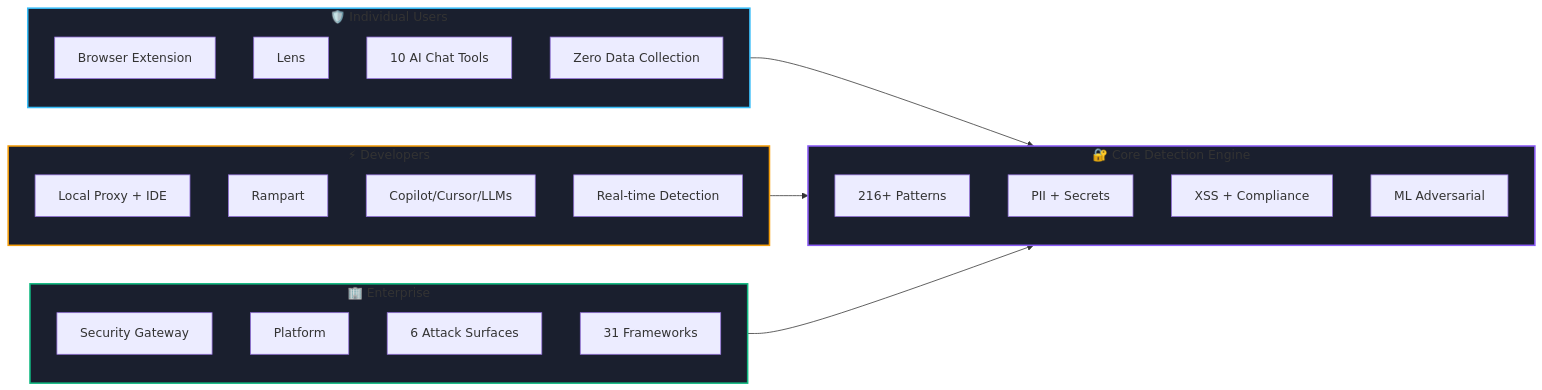
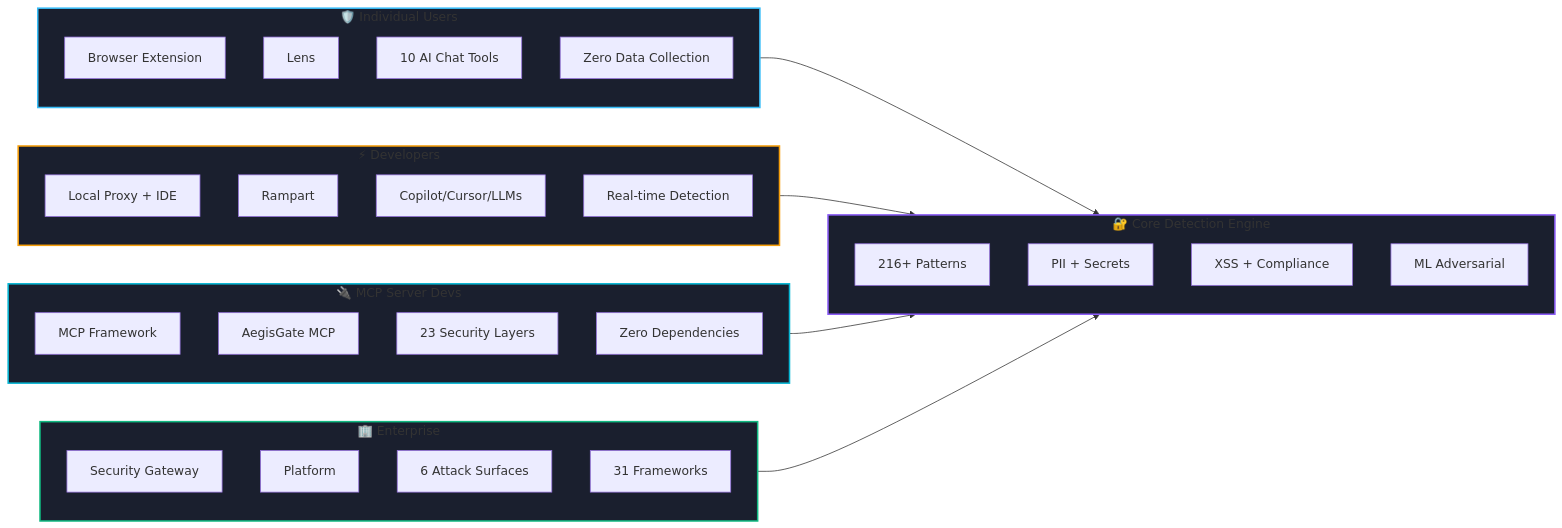
Before and after one commit to aegisgatesecurity/aegisgate-site: the diagram in content/_index.md, drawn with Mermaid. The commit also changed other lines of this file and 9 other files, not shown here.

```diff
--- a/content/_index.md
+++ b/content/_index.md
@@ -42,39 +42,48 @@
 {{< mermaid >}}
 flowchart LR
     subgraph Individual["🛡️ Individual Users"]
         A[Browser Extension]
         A1[Lens]
         A2[10 AI Chat Tools]
         A3[Zero Data Collection]
     end
 
     subgraph Developer["⚡ Developers"]
         B[Local Proxy + IDE]
         B1[Rampart]
         B2[Copilot/Cursor/LLMs]
         B3[Real-time Detection]
+    end
+
+    subgraph MCPServer["🔌 MCP Server Devs"]
+        E[MCP Framework]
+        E1[AegisGate MCP]
+        E2[23 Security Layers]
+        E3[Zero Dependencies]
     end
 
     subgraph Enterprise["🏢 Enterprise"]
         C[Security Gateway]
         C1[Platform]
         C2[6 Attack Surfaces]
         C3[31 Frameworks]
     end
 
     subgraph Core["🔐 Core Detection Engine"]
         D[216+ Patterns]
         D1[PII + Secrets]
         D2[XSS + Compliance]
         D3[ML Adversarial]
     end
 
     Individual --> Core
     Developer --> Core
+    MCPServer --> Core
     Enterprise --> Core
 
     style Individual fill:#1a1f2e,stroke:#38bdf8,stroke-width:2px
     style Developer fill:#1a1f2e,stroke:#f59e0b,stroke-width:2px
+    style MCPServer fill:#1a1f2e,stroke:#06b6d4,stroke-width:2px
     style Enterprise fill:#1a1f2e,stroke:#10b981,stroke-width:2px
     style Core fill:#1a1f2e,stroke:#8b5cf6,stroke-width:2px
 {{< /mermaid >}}
```
